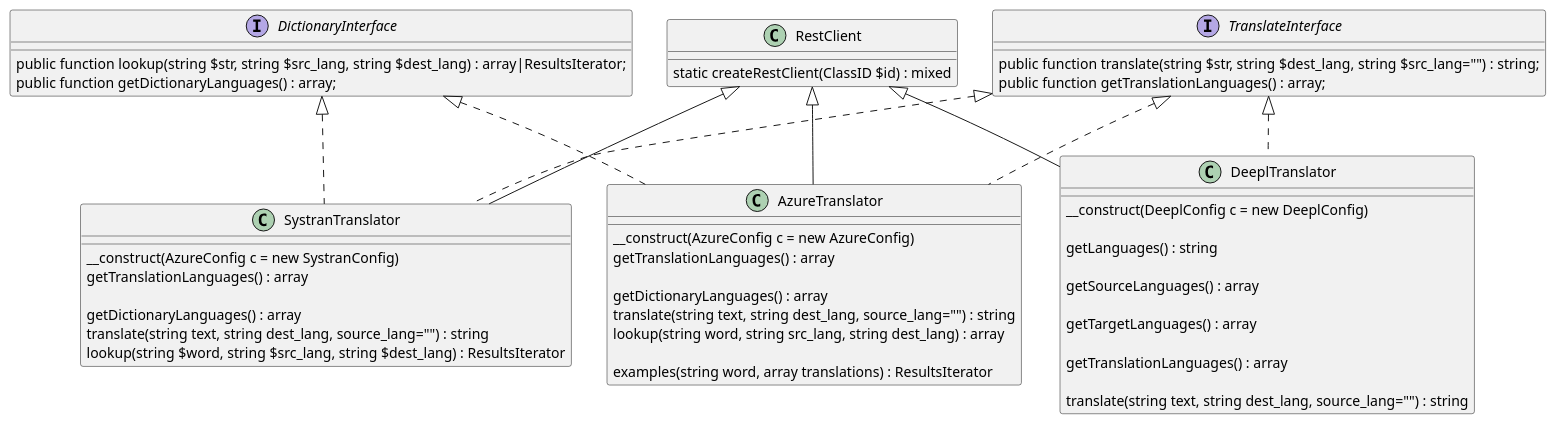
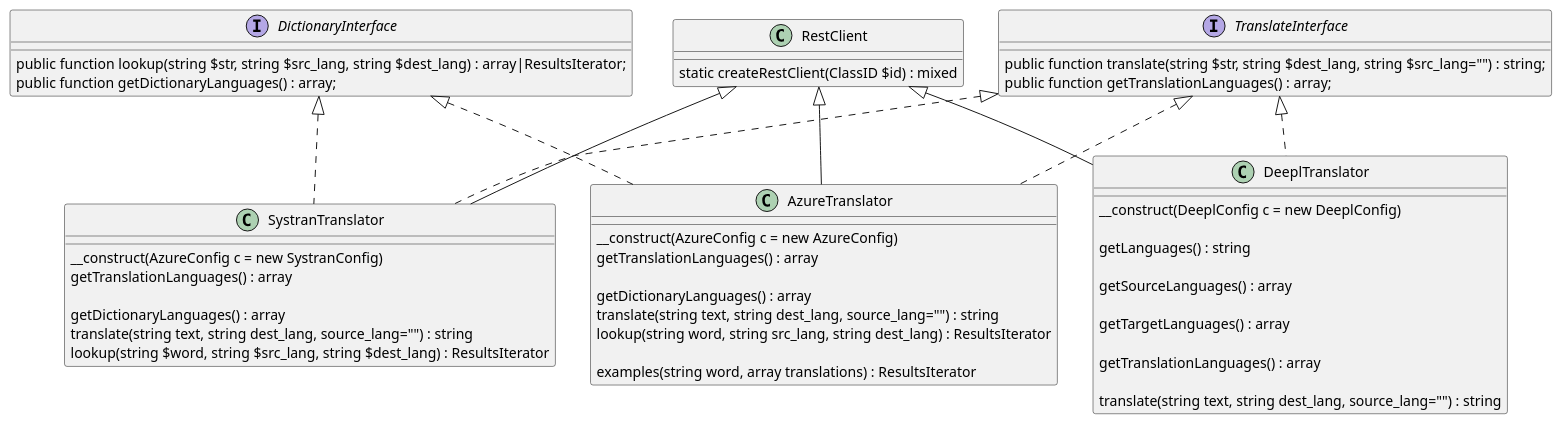
One commit to kurt-krueckeberg/php-translation-and-dictionary-rest-api-classes changed the diagram in plantuml/dict-trans-classes.puml. Above: the diagram before and after it, drawn with PlantUML. The commit also changed 1 other file, not shown here.

```diff
--- a/plantuml/dict-trans-classes.puml
+++ b/plantuml/dict-trans-classes.puml
@@ -1,60 +1,60 @@
 interface TranslateInterface {
 
    public function translate(string $str, string $dest_lang, string $src_lang="") : string;
    public function getTranslationLanguages() : array;
 }
 
 interface DictionaryInterface {
    
    public function lookup(string $str, string $src_lang, string $dest_lang) : array|ResultsIterator; 
    public function getDictionaryLanguages() : array; 
 }
 
 
 class RestClient {
 
    static createRestClient(ClassID $id) : mixed
 }
 
 class AzureTranslator extends RestClient implements DictionaryInterface, TranslateInterface {
 
    __construct(AzureConfig c = new AzureConfig)
    
    getTranslationLanguages() : array
 
    getDictionaryLanguages() : array 
     
    translate(string text, string dest_lang, source_lang="") : string 
    
-   lookup(string word, string src_lang, string dest_lang) : array 
+   lookup(string word, string src_lang, string dest_lang) : ResultsIterator
 
    examples(string word, array translations) : ResultsIterator
 }
 
 class DeeplTranslator extends RestClient implements TranslateInterface {
    
    __construct(DeeplConfig c = new DeeplConfig)
    
    getLanguages() : string
 
    getSourceLanguages() : array
 
    getTargetLanguages() : array
    
    getTranslationLanguages() : array
 
    translate(string text, string dest_lang, source_lang="") : string 
 }
 
 class SystranTranslator extends RestClient implements DictionaryInterface, TranslateInterface {
 
    __construct(AzureConfig c = new SystranConfig)
    
    getTranslationLanguages() : array
 
    getDictionaryLanguages() : array 
     
    translate(string text, string dest_lang, source_lang="") : string 
    
    lookup(string $word, string $src_lang, string $dest_lang) : ResultsIterator
 }
```
